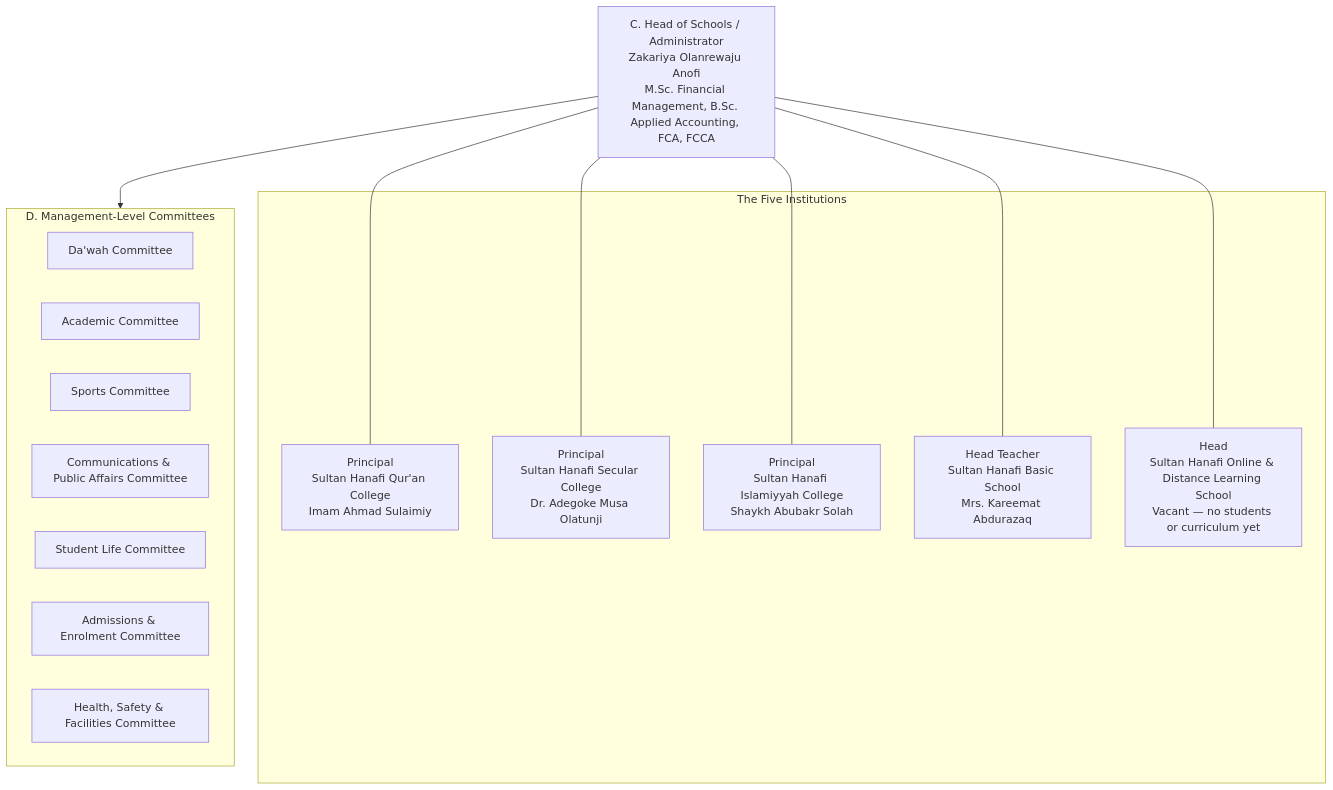
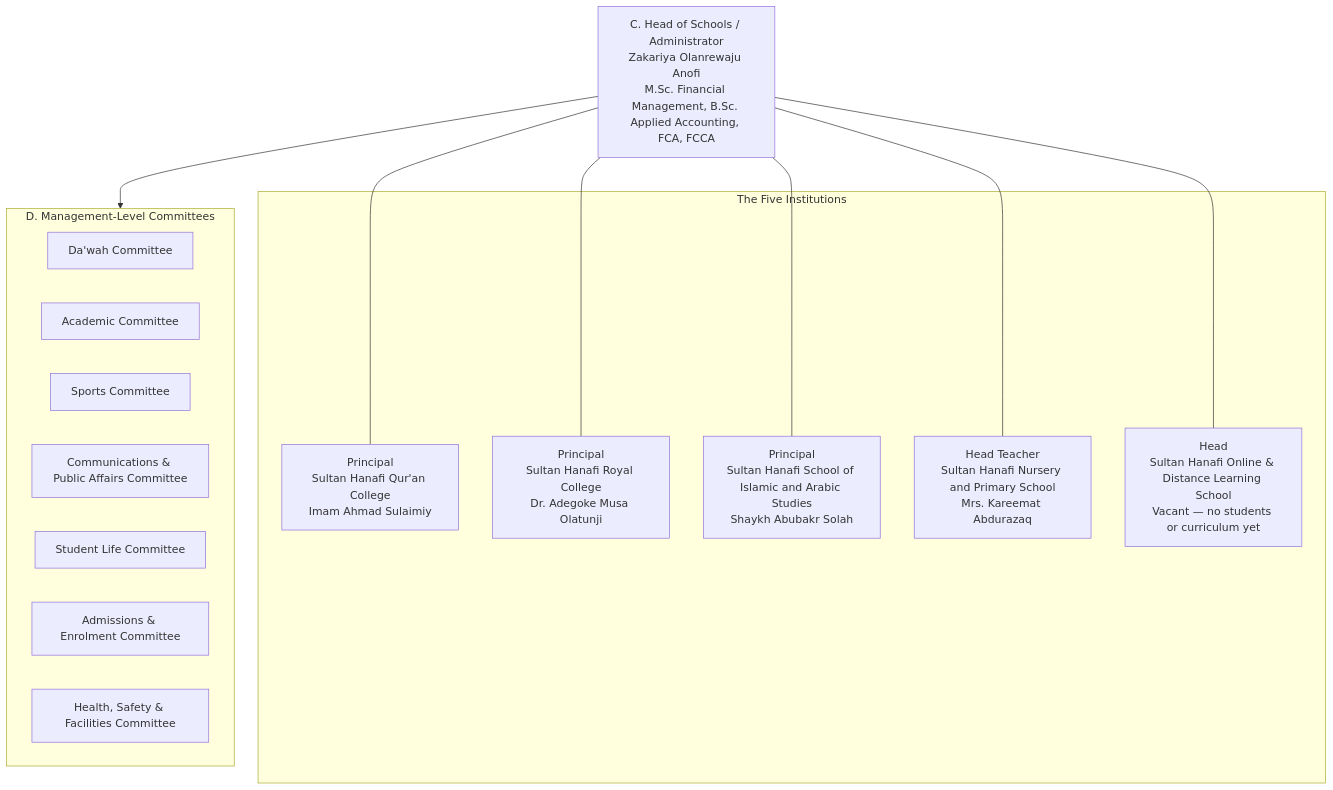
The third of 4 diagrams in docs/organisational-structure-manual.md (ahmadsulaimiy1/Sultan-), drawn with Mermaid before and after one commit. The commit also changed other lines of this file and 194 other files, not shown here.

````diff
--- a/docs/organisational-structure-manual.md
+++ b/docs/organisational-structure-manual.md
@@ -177,29 +177,29 @@
 ```mermaid
 flowchart TD
   HoS["C. Head of Schools / Administrator<br/>Zakariya Olanrewaju Anofi<br/>M.Sc. Financial Management, B.Sc. Applied Accounting, FCA, FCCA"]
 
   subgraph Institutions["The Five Institutions"]
     P1["Principal<br/>Sultan Hanafi Qur'an College<br/>Imam Ahmad Sulaimiy"]
-    P2["Principal<br/>Sultan Hanafi Secular College<br/>Dr. Adegoke Musa Olatunji"]
-    P3["Principal<br/>Sultan Hanafi Islamiyyah College<br/>Shaykh Abubakr Solah"]
-    P4["Head Teacher<br/>Sultan Hanafi Basic School<br/>Mrs. Kareemat Abdurazaq"]
+    P2["Principal<br/>Sultan Hanafi Royal College<br/>Dr. Adegoke Musa Olatunji"]
+    P3["Principal<br/>Sultan Hanafi School of Islamic and Arabic Studies<br/>Shaykh Abubakr Solah"]
+    P4["Head Teacher<br/>Sultan Hanafi Nursery and Primary School<br/>Mrs. Kareemat Abdurazaq"]
     P5["Head<br/>Sultan Hanafi Online &amp; Distance Learning School<br/>Vacant — no students or curriculum yet"]
   end
 
   subgraph D["D. Management-Level Committees"]
     DW["Da'wah Committee"]
     AC["Academic Committee"]
     SP["Sports Committee"]
     CPA["Communications &amp; Public Affairs Committee"]
     SL["Student Life Committee"]
     AE["Admissions &amp; Enrolment Committee"]
     HSF["Health, Safety &amp; Facilities Committee"]
   end
 
   HoS --- P1
   HoS --- P2
   HoS --- P3
   HoS --- P4
   HoS --- P5
   HoS --> D
 ```
````
